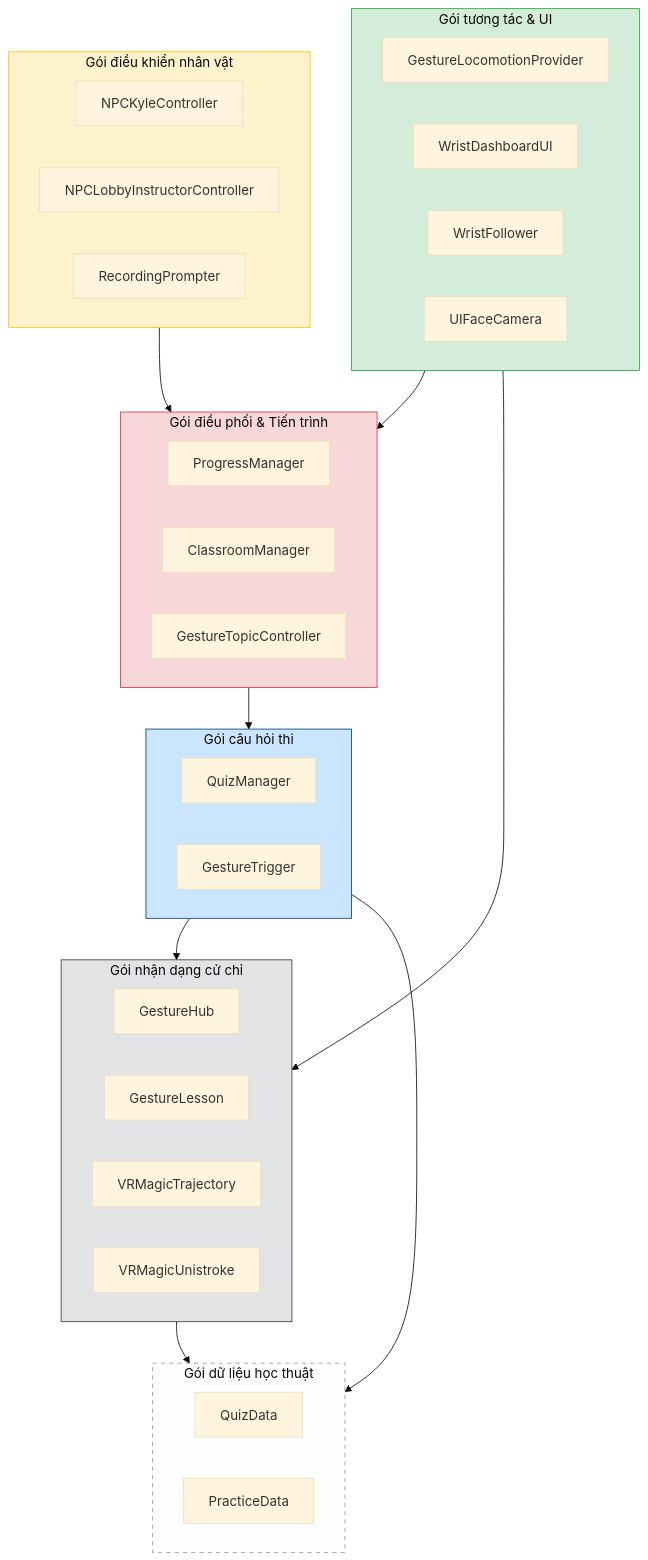
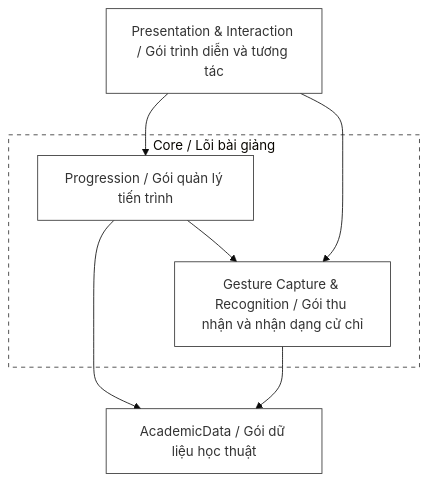
The first of 6 diagrams in docs/DATN/12-Chương_5_Các_giải_pháp_và_đóng_góp_nổi_bật.md (MinhTrinh04/ASL), drawn with Mermaid (base theme) before and after one commit. The commit also changed other lines of this file, not shown here.

Commit message:
chương 5 init diagram

````diff
--- a/docs/DATN/12-Chương_5_Các_giải_pháp_và_đóng_góp_nổi_bật.md
+++ b/docs/DATN/12-Chương_5_Các_giải_pháp_và_đóng_góp_nổi_bật.md
@@ -25,55 +23,26 @@
 ```mermaid
 graph TD
-    %% Định nghĩa các gói chính
-    subgraph InteractionLocomotion_Package [Gói tương tác & UI]
-        loc[GestureLocomotionProvider]
-        wrist[WristDashboardUI]
-        follow[WristFollower]
-        face[UIFaceCamera]
-    end
+    %% Gói bên ngoài
+    PresentationInteraction[Presentation & Interaction / Gói trình diễn và tương tác]
+    AcademicData[AcademicData / Gói dữ liệu học thuật]
 
-    subgraph NPC_Package [Gói điều khiển nhân vật]
-        kyle[NPCKyleController]
-        lobby[NPCLobbyInstructorController]
-        prompter[RecordingPrompter]
-    end
-
-    subgraph Orchestration_Package [Gói điều phối & Tiến trình]
-        progress[ProgressManager]
-        classroom[ClassroomManager]
-        topic[GestureTopicController]
-    end
-
-    subgraph QuizSystem_Package [Gói câu hỏi thi]
-        quiz[QuizManager]
-        trigger[GestureTrigger]
-    end
-
-    subgraph GestureRecognition_Package [Gói nhận dạng cử chỉ]
-        hub[GestureHub]
-        lesson[GestureLesson]
-        traj[VRMagicTrajectory]
-        uni[VRMagicUnistroke]
-    end
-
-    subgraph Data_Package [Gói dữ liệu học thuật]
-        qdata[QuizData]
-        pdata[PracticeData]
+    %% Gói Lõi bài giảng ở giữa
+    subgraph Core [Core / Lõi bài giảng]
+        Progression[Progression / Gói quản lý tiến trình]
+        GestureCaptureRecognition[Gesture Capture & Recognition / Gói thu nhận và nhận dạng cử chỉ]
+        
+        Progression --> GestureCaptureRecognition
     end
 
     %% Mối quan hệ phụ thuộc
-    InteractionLocomotion_Package --> Orchestration_Package
-    InteractionLocomotion_Package --> GestureRecognition_Package
-    NPC_Package --> Orchestration_Package
-    Orchestration_Package --> QuizSystem_Package
-    QuizSystem_Package --> GestureRecognition_Package
-    QuizSystem_Package --> Data_Package
-    GestureRecognition_Package --> Data_Package
+    PresentationInteraction --> Progression
+    PresentationInteraction --> GestureCaptureRecognition
+    Progression --> AcademicData
+    GestureCaptureRecognition --> AcademicData
 
-    style InteractionLocomotion_Package fill:#d4edda,stroke:#28a745,stroke-width:1px;
-    style NPC_Package fill:#fff3cd,stroke:#ffc107,stroke-width:1px;
-    style Orchestration_Package fill:#f8d7da,stroke:#dc3545,stroke-width:1px;
-    style QuizSystem_Package fill:#cce5ff,stroke:#004085,stroke-width:1px;
-    style GestureRecognition_Package fill:#e2e3e5,stroke:#383d41,stroke-width:1px;
-    style Data_Package fill:#fefefe,stroke:#999,stroke-width:1px,stroke-dasharray: 5 5;
+    style PresentationInteraction fill:#fff,stroke:#333,stroke-width:1px;
+    style Core fill:#fff,stroke:#333,stroke-width:1px,stroke-dasharray: 5 5;
+    style Progression fill:#fff,stroke:#333,stroke-width:1px;
+    style AcademicData fill:#fff,stroke:#333,stroke-width:1px;
+    style GestureCaptureRecognition fill:#fff,stroke:#333,stroke-width:1px;
 ```
````
